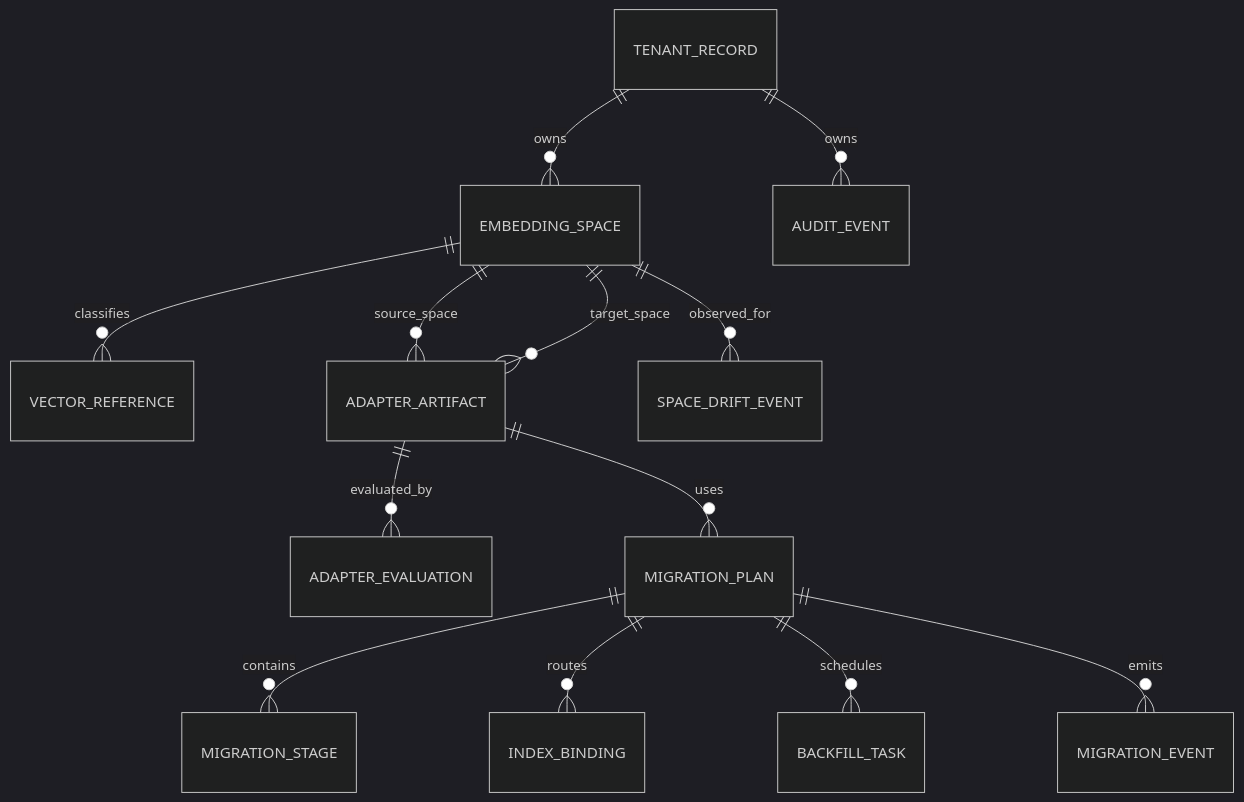
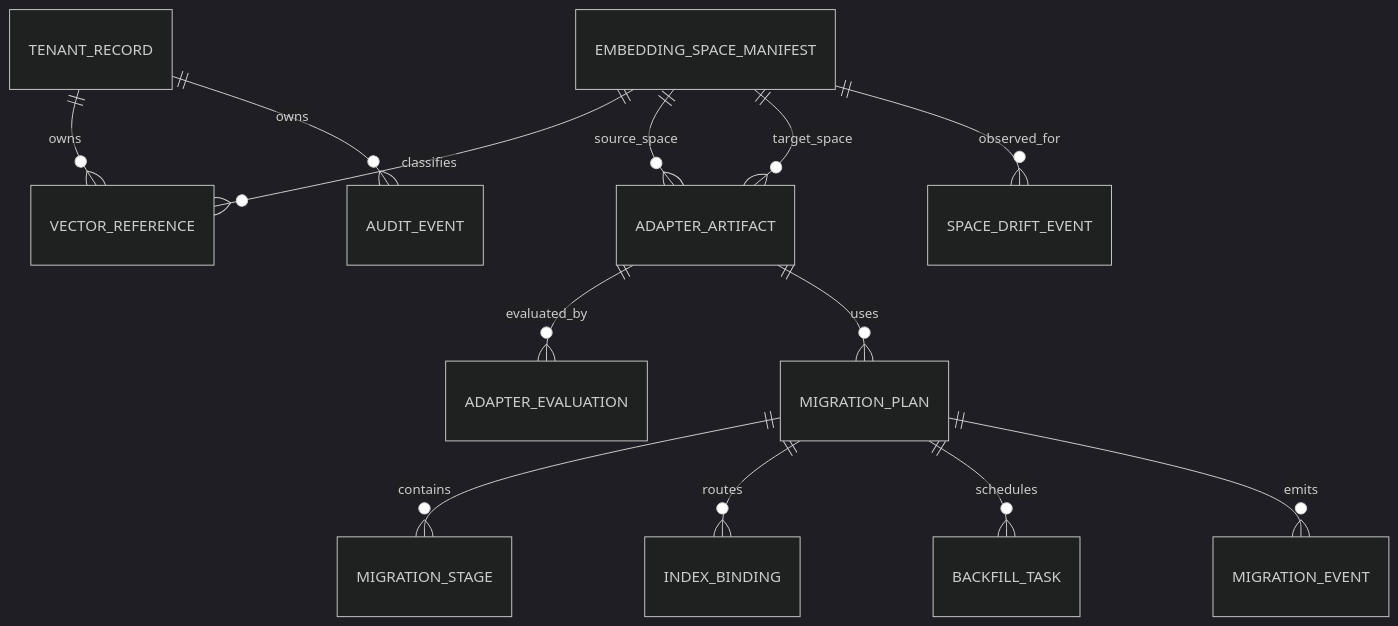
One commit to ContextualWisdomLab/EmbedRelay changed the third of 3 diagrams in docs/ERD.md. Above: the diagram before and after it, drawn with Mermaid (dark theme). The commit also changed other lines of this file, not shown here.

Commit message:
docs: make ERD match canonical manifest persistence

````diff
--- a/docs/ERD.md
+++ b/docs/ERD.md
@@ -101,15 +124,15 @@
 ```mermaid
 erDiagram
-    TENANT_RECORD ||--o{ EMBEDDING_SPACE : owns
-    EMBEDDING_SPACE ||--o{ VECTOR_REFERENCE : classifies
-    EMBEDDING_SPACE ||--o{ ADAPTER_ARTIFACT : source_space
-    EMBEDDING_SPACE ||--o{ ADAPTER_ARTIFACT : target_space
+    TENANT_RECORD ||--o{ VECTOR_REFERENCE : owns
+    EMBEDDING_SPACE_MANIFEST ||--o{ VECTOR_REFERENCE : classifies
+    EMBEDDING_SPACE_MANIFEST ||--o{ ADAPTER_ARTIFACT : source_space
+    EMBEDDING_SPACE_MANIFEST ||--o{ ADAPTER_ARTIFACT : target_space
     ADAPTER_ARTIFACT ||--o{ ADAPTER_EVALUATION : evaluated_by
     ADAPTER_ARTIFACT ||--o{ MIGRATION_PLAN : uses
     MIGRATION_PLAN ||--o{ MIGRATION_STAGE : contains
     MIGRATION_PLAN ||--o{ INDEX_BINDING : routes
     MIGRATION_PLAN ||--o{ BACKFILL_TASK : schedules
     MIGRATION_PLAN ||--o{ MIGRATION_EVENT : emits
     TENANT_RECORD ||--o{ AUDIT_EVENT : owns
-    EMBEDDING_SPACE ||--o{ SPACE_DRIFT_EVENT : observed_for
+    EMBEDDING_SPACE_MANIFEST ||--o{ SPACE_DRIFT_EVENT : observed_for
 ```
````
